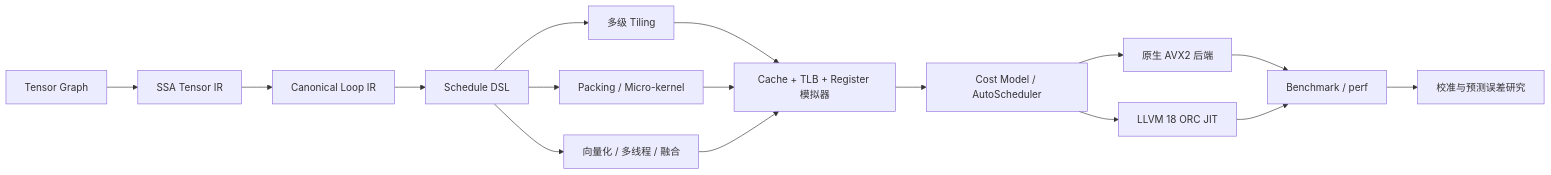
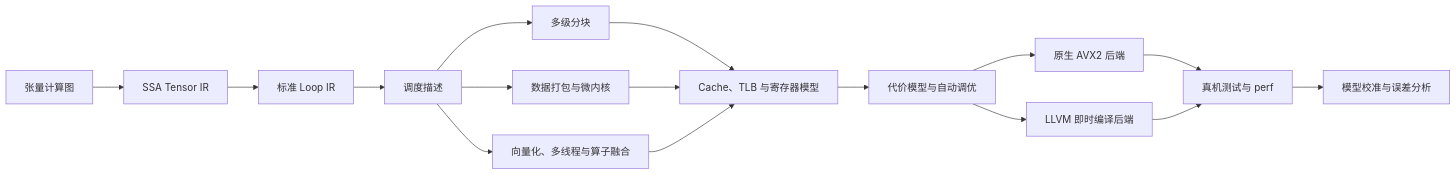
The diagram in README.zh-CN.md (BokaiGuo/SchedForge), drawn with Mermaid before and after one commit. The commit also changed other lines of this file, not shown here.

````diff
--- a/README.zh-CN.md
+++ b/README.zh-CN.md
@@ -28,18 +39,18 @@
 ```mermaid
 flowchart LR
-    A["Tensor Graph"] --> B["SSA Tensor IR"]
-    B --> C["Canonical Loop IR"]
-    C --> D["Schedule DSL"]
-    D --> E["多级 Tiling"]
-    D --> F["Packing / Micro-kernel"]
-    D --> G["向量化 / 多线程 / 融合"]
-    E --> H["Cache + TLB + Register 模拟器"]
+    A["张量计算图"] --> B["SSA Tensor IR"]
+    B --> C["标准 Loop IR"]
+    C --> D["调度描述"]
+    D --> E["多级分块"]
+    D --> F["数据打包与微内核"]
+    D --> G["向量化、多线程与算子融合"]
+    E --> H["Cache、TLB 与寄存器模型"]
     F --> H
     G --> H
-    H --> I["Cost Model / AutoScheduler"]
+    H --> I["代价模型与自动调优"]
     I --> J["原生 AVX2 后端"]
-    I --> K["LLVM 18 ORC JIT"]
-    J --> L["Benchmark / perf"]
+    I --> K["LLVM 即时编译后端"]
+    J --> L["真机测试与 perf"]
     K --> L
-    L --> M["校准与预测误差研究"]
+    L --> M["模型校准与误差分析"]
 ```
````
